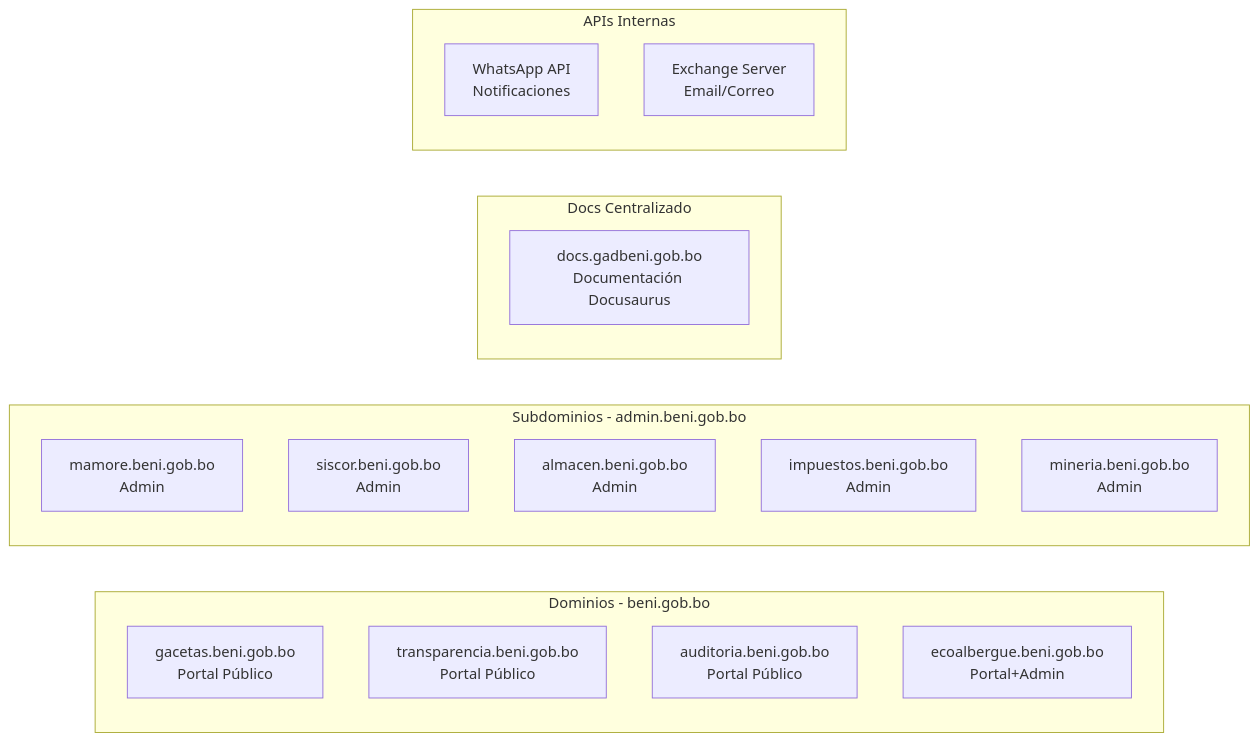
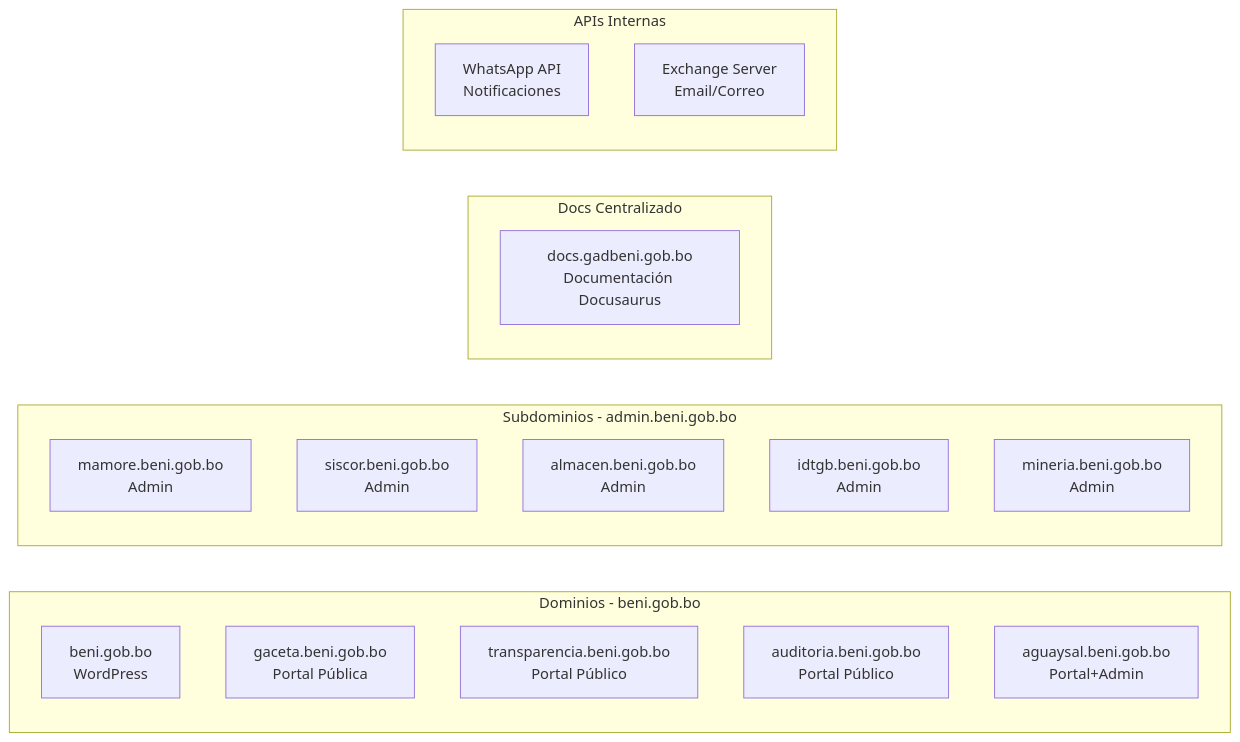
One commit to MiltonDanielhch/do changed the fourth of 7 diagrams in docs/diagramas/arquitectura.md. Above: the diagram before and after it, drawn with Mermaid. The commit also changed 14 other files, not shown here.

First line of the commit message:
docs: correccion URLs sistemas y documentacion portal beni.gob.bo

````diff
--- a/docs/diagramas/arquitectura.md
+++ b/docs/diagramas/arquitectura.md
@@ -151,26 +151,27 @@
 ```mermaid
 flowchart LR
     subgraph "Dominios - beni.gob.bo"
-        GACETAS["gacetas.beni.gob.bo<br/>Portal Público"]
+        GOB["beni.gob.bo<br/>WordPress"]
+        GACETAS["gaceta.beni.gob.bo<br/>Portal Pública"]
         TRANSPARENCIA["transparencia.beni.gob.bo<br/>Portal Público"]
         AUDITORIA["auditoria.beni.gob.bo<br/>Portal Público"]
-        ECOALBERGUE["ecoalbergue.beni.gob.bo<br/>Portal+Admin"]
+        ECOALBERGUE["aguaysal.beni.gob.bo<br/>Portal+Admin"]
     end
 
     subgraph "Subdominios - admin.beni.gob.bo"
         MAMORE["mamore.beni.gob.bo<br/>Admin"]
         SISCOR["siscor.beni.gob.bo<br/>Admin"]
         ALMACEN["almacen.beni.gob.bo<br/>Admin"]
-        IMPUESTOS["impuestos.beni.gob.bo<br/>Admin"]
+        IMPUESTOS["idtgb.beni.gob.bo<br/>Admin"]
         MINERIA["mineria.beni.gob.bo<br/>Admin"]
     end
 
     subgraph "Docs Centralizado"
         DOCS["docs.gadbeni.gob.bo<br/>Documentación Docusaurus"]
     end
 
     subgraph "APIs Internas"
         WHATSAPP["WhatsApp API<br/>Notificaciones"]
         EXCHANGE["Exchange Server<br/>Email/Correo"]
     end
 ```
````
